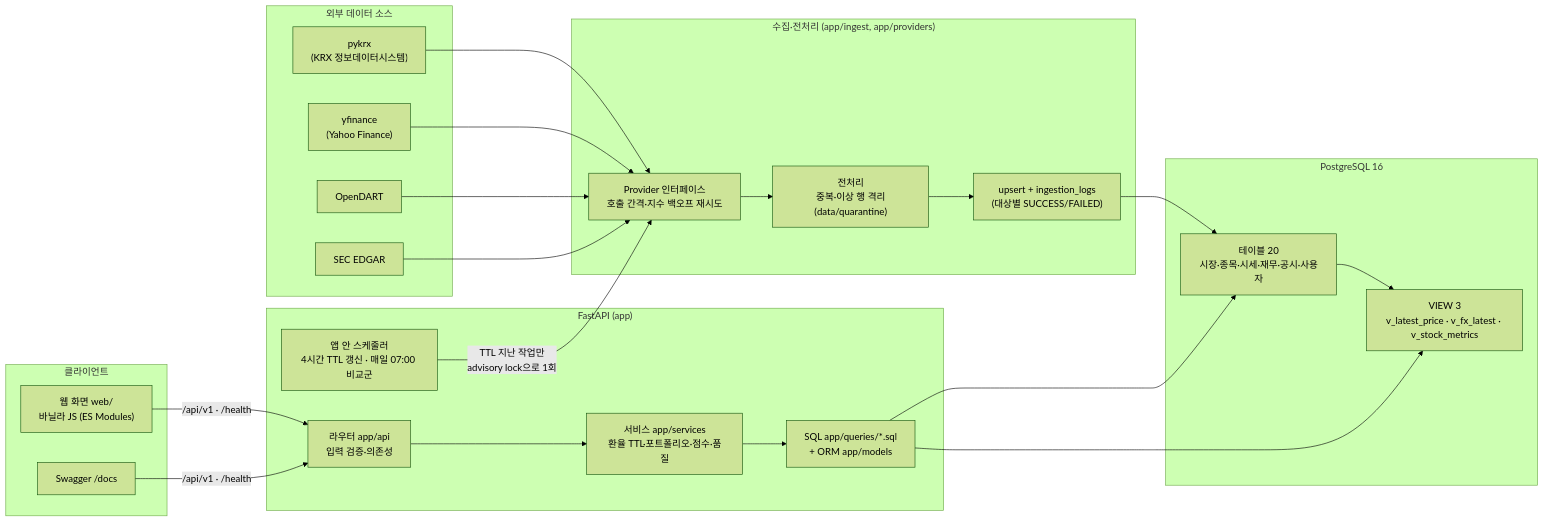
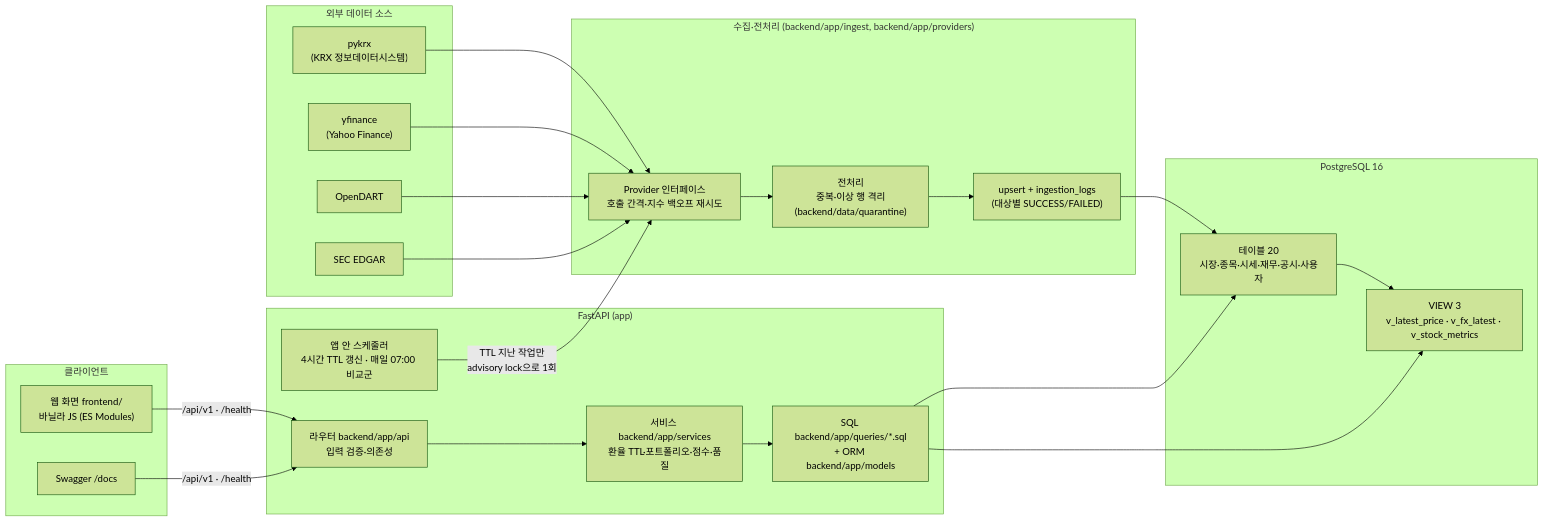
The first of 3 diagrams in docs/architecture.md (Hunseokc/ax_class_semiproject), drawn with Mermaid (forest theme) before and after one commit. The commit also changed other lines of this file and 204 other files, not shown here.

First line of the commit message:
refactor: 저장소를 backend/·frontend/로 재구성하고 매력도 비교군·상장 목록 검색 반영

````diff
--- a/docs/architecture.md
+++ b/docs/architecture.md
@@ -7,38 +7,38 @@
 ```mermaid
 flowchart LR
   subgraph EXT["외부 데이터 소스"]
     KRX["pykrx<br/>(KRX 정보데이터시스템)"]
     YF["yfinance<br/>(Yahoo Finance)"]
     DART["OpenDART"]
     SEC["SEC EDGAR"]
   end
 
-  subgraph ING["수집·전처리 (app/ingest, app/providers)"]
+  subgraph ING["수집·전처리 (backend/app/ingest, backend/app/providers)"]
     PROV["Provider 인터페이스<br/>호출 간격·지수 백오프 재시도"]
-    PRE["전처리<br/>중복·이상 행 격리(data/quarantine)"]
+    PRE["전처리<br/>중복·이상 행 격리(backend/data/quarantine)"]
     STORE["upsert + ingestion_logs<br/>(대상별 SUCCESS/FAILED)"]
   end
 
   subgraph DB["PostgreSQL 16"]
     TBL["테이블 20<br/>시장·종목·시세·재무·공시·사용자"]
     VIEW["VIEW 3<br/>v_latest_price · v_fx_latest · v_stock_metrics"]
   end
 
   subgraph API["FastAPI (app)"]
-    R["라우터 app/api<br/>입력 검증·의존성"]
-    SVC["서비스 app/services<br/>환율 TTL·포트폴리오·점수·품질"]
-    Q["SQL app/queries/*.sql<br/>+ ORM app/models"]
+    R["라우터 backend/app/api<br/>입력 검증·의존성"]
+    SVC["서비스 backend/app/services<br/>환율 TTL·포트폴리오·점수·품질"]
+    Q["SQL backend/app/queries/*.sql<br/>+ ORM backend/app/models"]
     SCH["앱 안 스케줄러<br/>4시간 TTL 갱신 · 매일 07:00 비교군"]
   end
 
   subgraph CLIENT["클라이언트"]
-    WEB["웹 화면 web/<br/>바닐라 JS (ES Modules)"]
+    WEB["웹 화면 frontend/<br/>바닐라 JS (ES Modules)"]
     SW["Swagger /docs"]
   end
 
   KRX & YF & DART & SEC --> PROV --> PRE --> STORE --> TBL
   TBL --> VIEW
   R --> SVC --> Q --> TBL & VIEW
   SCH -->|"TTL 지난 작업만<br/>advisory lock으로 1회"| PROV
   WEB & SW -->|"/api/v1 · /health"| R
 ```
````
